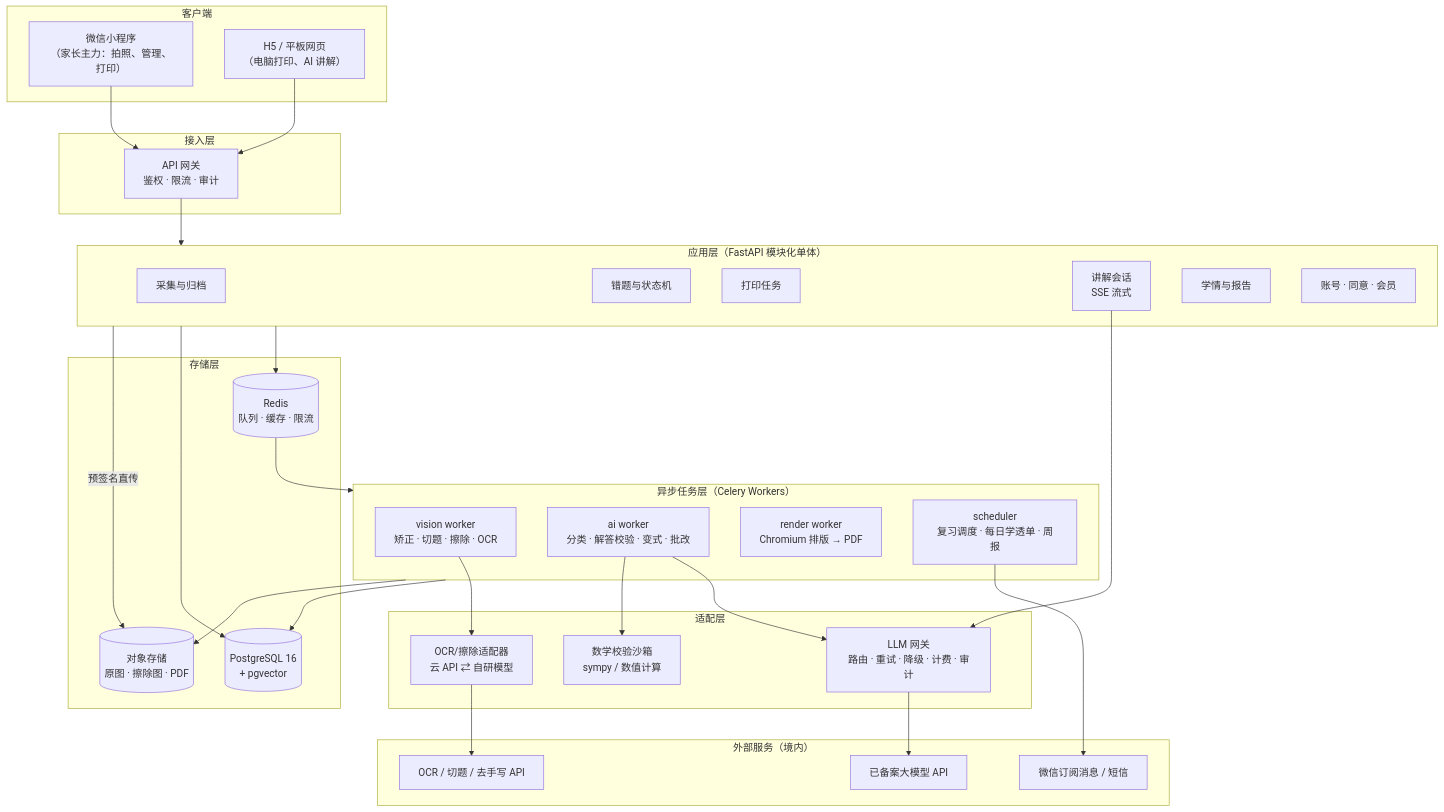
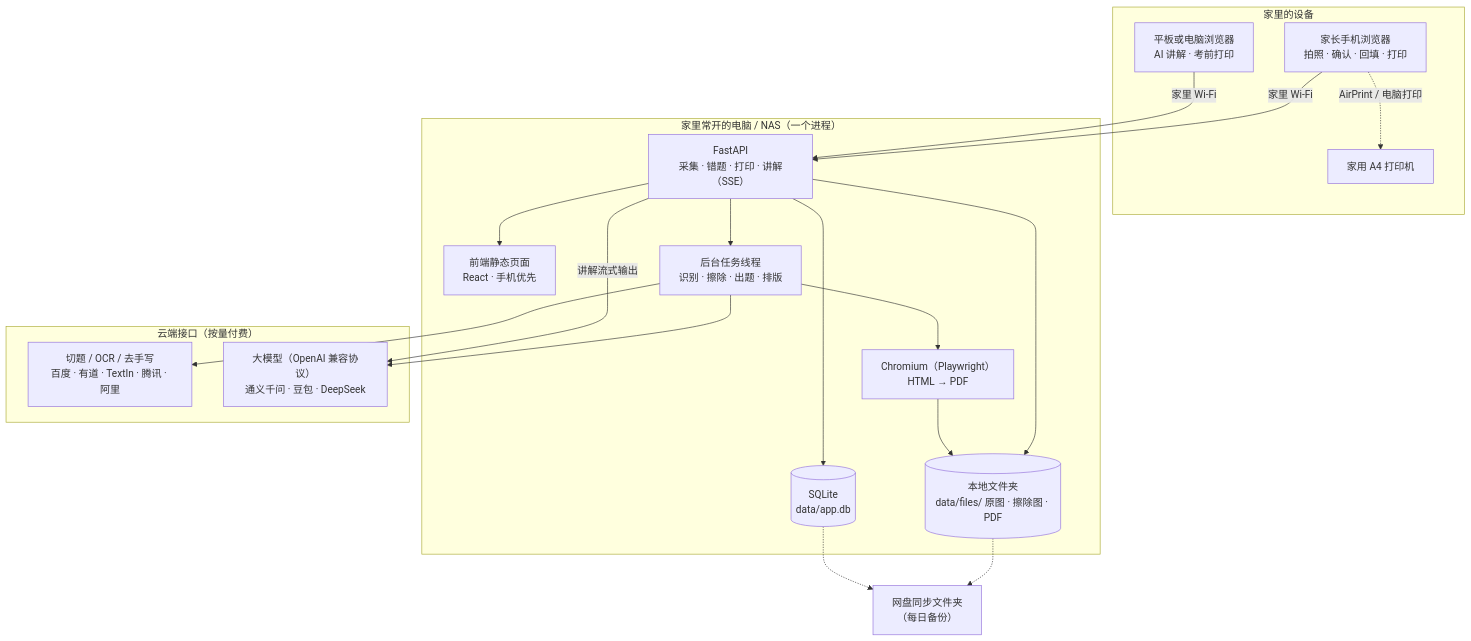
Before and after one commit to tianbao424/Claude-made-stock-bot: the first of 3 diagrams in mistake-mastery/docs/03-system-architecture.md, drawn with Mermaid. The commit also changed other lines of this file and 10 other files, not shown here.

````diff
--- a/mistake-mastery/docs/03-system-architecture.md
+++ b/mistake-mastery/docs/03-system-architecture.md
@@ -9,57 +10,34 @@
 ```mermaid
 graph TB
-    subgraph Client["客户端"]
-        MP["微信小程序<br/>（家长主力：拍照、管理、打印）"]
-        H5["H5 / 平板网页<br/>（电脑打印、AI 讲解）"]
+    subgraph Devices["家里的设备"]
+        PHONE["家长手机浏览器<br/>拍照 · 确认 · 回填 · 打印"]
+        TAB["平板或电脑浏览器<br/>AI 讲解 · 考前打印"]
+        PRN["家用 A4 打印机"]
     end
 
-    subgraph Edge["接入层"]
-        GW["API 网关<br/>鉴权 · 限流 · 审计"]
+    subgraph Server["家里常开的电脑 / NAS（一个进程）"]
+        WEB["前端静态页面<br/>React · 手机优先"]
+        API["FastAPI<br/>采集 · 错题 · 打印 · 讲解（SSE）"]
+        JOB["后台任务线程<br/>识别 · 擦除 · 出题 · 排版"]
+        CHR["Chromium（Playwright）<br/>HTML → PDF"]
+        DB[("SQLite<br/>data/app.db")]
+        FS[("本地文件夹<br/>data/files/ 原图 · 擦除图 · PDF")]
     end
 
-    subgraph AppLayer["应用层（FastAPI 模块化单体）"]
-        API_CAP[采集与归档]
-        API_MIS[错题与状态机]
-        API_PRT[打印任务]
-        API_TUT[讲解会话<br/>SSE 流式]
-        API_REP[学情与报告]
-        API_ACC[账号 · 同意 · 会员]
+    subgraph Cloud["云端接口（按量付费）"]
+        OCR["切题 / OCR / 去手写<br/>百度 · 有道 · TextIn · 腾讯 · 阿里"]
+        LLM["大模型（OpenAI 兼容协议）<br/>通义千问 · 豆包 · DeepSeek"]
     end
 
-    subgraph Workers["异步任务层（Celery Workers）"]
-        W_VIS["vision worker<br/>矫正 · 切题 · 擦除 · OCR"]
-        W_AI["ai worker<br/>分类 · 解答校验 · 变式 · 批改"]
-        W_RND["render worker<br/>Chromium 排版 → PDF"]
-        W_SCH["scheduler<br/>复习调度 · 每日学透单 · 周报"]
-    end
-
-    subgraph Adapters["适配层"]
-        OCR_AD["OCR/擦除适配器<br/>云 API ⇄ 自研模型"]
-        LLM_GW["LLM 网关<br/>路由 · 重试 · 降级 · 计费 · 审计"]
-        SYM["数学校验沙箱<br/>sympy / 数值计算"]
-    end
-
-    subgraph Storage["存储层"]
-        PG[("PostgreSQL 16<br/>+ pgvector")]
-        RD[("Redis<br/>队列 · 缓存 · 限流")]
-        OSS[("对象存储<br/>原图 · 擦除图 · PDF")]
-    end
-
-    subgraph External["外部服务（境内）"]
-        V_OCR[OCR / 切题 / 去手写 API]
-        V_LLM[已备案大模型 API]
-        V_MSG[微信订阅消息 / 短信]
-    end
-
-    MP & H5 --> GW --> AppLayer
-    AppLayer --> RD
-    AppLayer --> PG
-    AppLayer -->|预签名直传| OSS
-    RD --> Workers
-    W_VIS --> OCR_AD --> V_OCR
-    W_AI --> LLM_GW --> V_LLM
-    W_AI --> SYM
-    API_TUT --> LLM_GW
-    Workers --> PG & OSS
-    W_SCH --> V_MSG
+    PHONE & TAB -->|家里 Wi-Fi| API
+    API --> WEB
+    API --> DB & FS
+    API --> JOB
+    JOB --> OCR & LLM
+    JOB --> CHR --> FS
+    API -->|讲解流式输出| LLM
+    PHONE -.->|AirPrint / 电脑打印| PRN
+    BK["网盘同步文件夹<br/>（每日备份）"]
+    FS -.-> BK
+    DB -.-> BK
 ```
````
